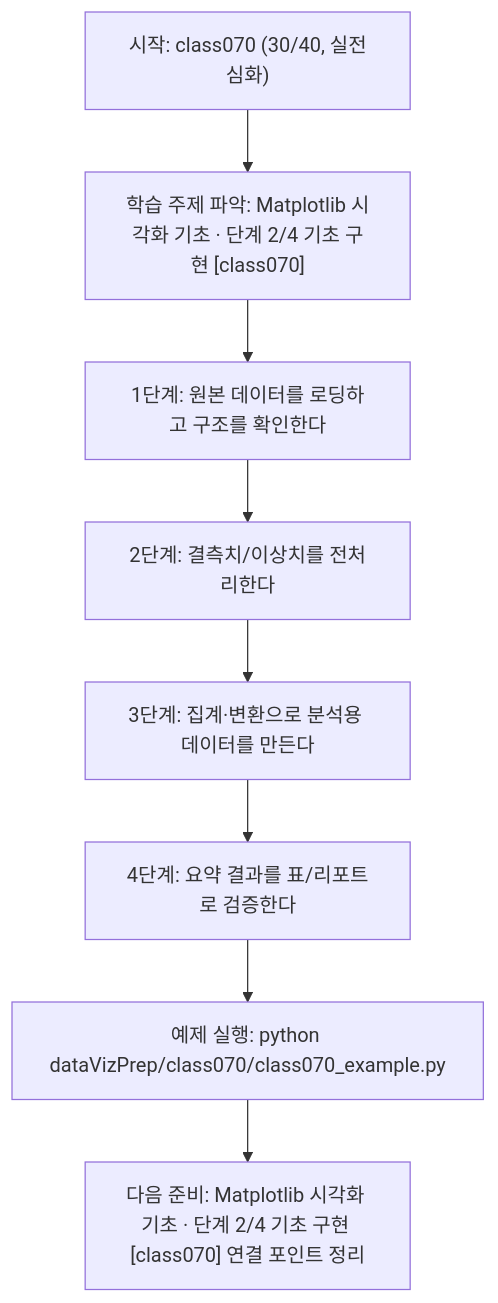
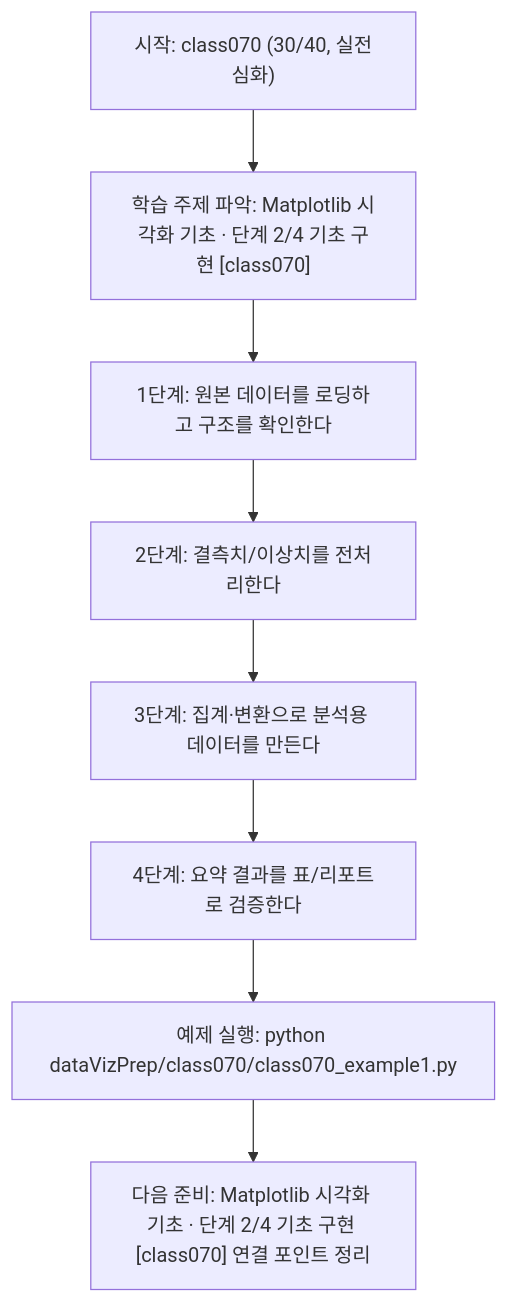
The diagram in dataVizPrep/class070/class070.md (edumgt/Python-AI_Agent-Class), drawn with Mermaid before and after one commit. The commit also changed other lines of this file and 2959 other files, not shown here.

````diff
--- a/dataVizPrep/class070/class070.md
+++ b/dataVizPrep/class070/class070.md
@@ -111,18 +111,18 @@
 ```mermaid
 flowchart TD
 N1["시작: class070 (30/40, 실전심화)"]
 N2["학습 주제 파악: Matplotlib 시각화 기초 · 단계 2/4 기초 구현 [class070]"]
 N3["1단계: 원본 데이터를 로딩하고 구조를 확인한다"]
 N4["2단계: 결측치/이상치를 전처리한다"]
 N5["3단계: 집계·변환으로 분석용 데이터를 만든다"]
 N6["4단계: 요약 결과를 표/리포트로 검증한다"]
-N7["예제 실행: python dataVizPrep/class070/class070_example.py"]
+N7["예제 실행: python dataVizPrep/class070/class070_example1.py"]
 N8["다음 준비: Matplotlib 시각화 기초 · 단계 2/4 기초 구현 [class070] 연결 포인트 정리"]
 N1 --> N2
 N2 --> N3
 N3 --> N4
 N4 --> N5
 N5 --> N6
 N6 --> N7
 N7 --> N8
 ```
````
